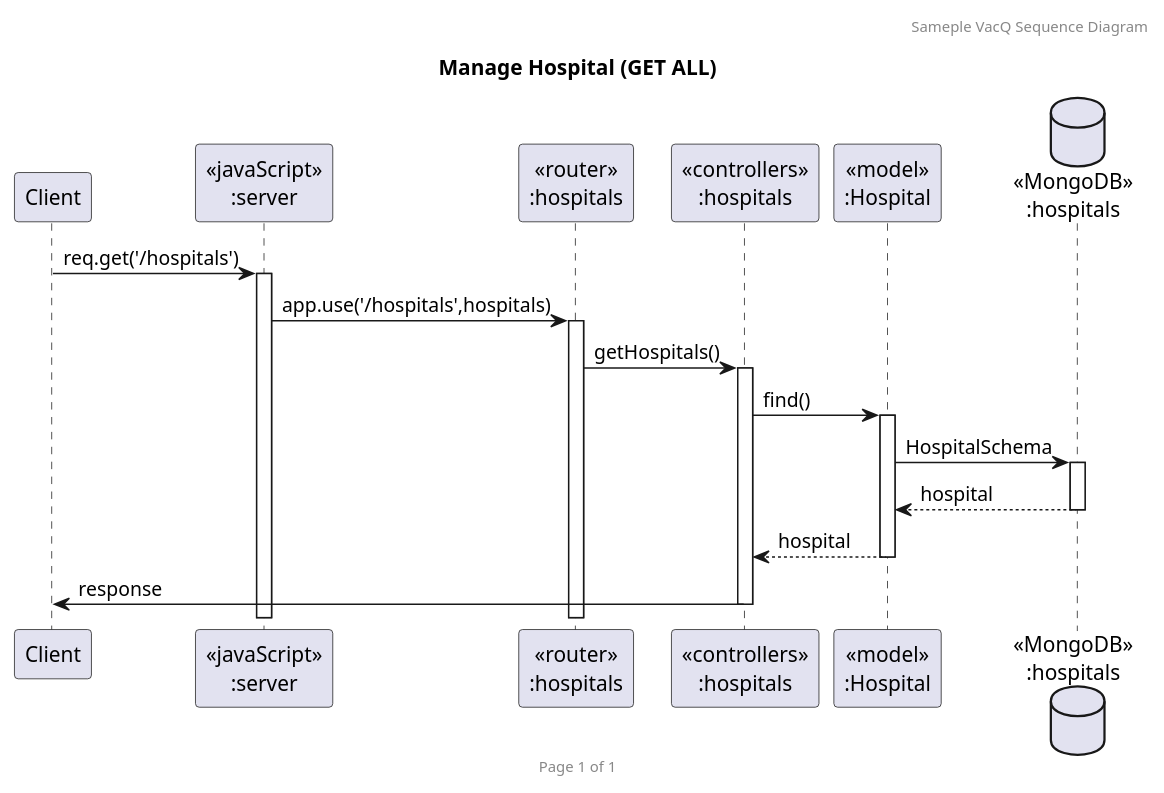
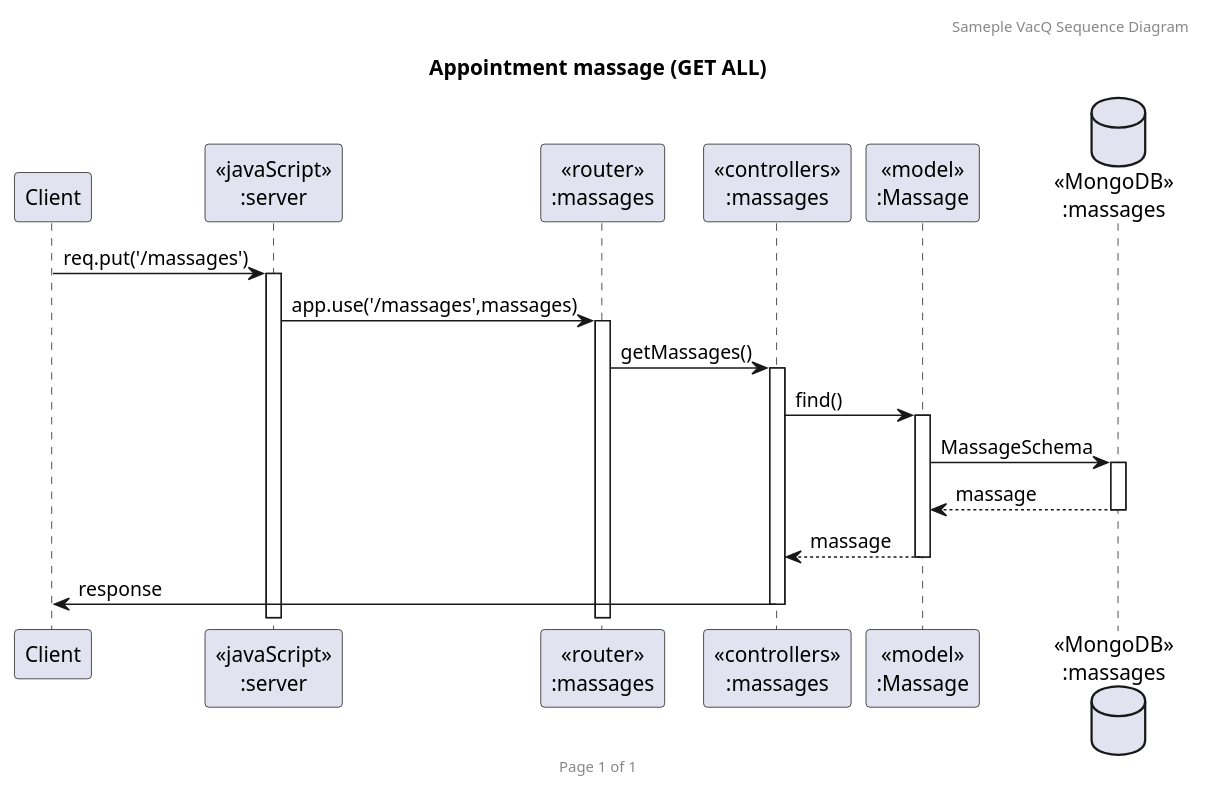
One commit to 2110503TACEDT66/presentation-day-1-samsaomidnight changed the diagram in PlantUml/getall.puml. Above: the diagram before and after it, drawn with PlantUML. The commit also changed other lines of this file and 4 other files, not shown here.

Commit message:
Appointment UML done

```diff
--- a/PlantUml/getall.puml
+++ b/PlantUml/getall.puml
@@ -1,23 +2,23 @@
-@startuml Manage Hospital (GET ALL)
+@startuml Appointment massage (GET ALL)
 
 header Sameple VacQ Sequence Diagram
 footer Page %page% of %lastpage%
-title "Manage Hospital (GET ALL)"
+title "Appointment massage (GET ALL)"
 
 participant "Client" as client
 participant "<<javaScript>>\n:server" as server
-participant "<<router>>\n:hospitals" as routerHospitals
-participant "<<controllers>>\n:hospitals" as controllersHospitals
-participant "<<model>>\n:Hospital" as modelHospital
-database "<<MongoDB>>\n:hospitals" as HospitalsDatabase
+participant "<<router>>\n:massages" as routerMassages
+participant "<<controllers>>\n:massages" as controllersMassages
+participant "<<model>>\n:Massage" as modelMassage
+database "<<MongoDB>>\n:massages" as MassagesDatabase
 
-client->server ++:req.get('/hospitals')
-server->routerHospitals ++:app.use('/hospitals',hospitals)
-routerHospitals -> controllersHospitals ++:getHospitals()
-controllersHospitals->modelHospital ++:find()
-modelHospital ->HospitalsDatabase ++: HospitalSchema
-HospitalsDatabase --> modelHospital --: hospital
-controllersHospitals <-- modelHospital --:hospital
-controllersHospitals->client --:response
+client->server ++:req.put('/massages')
+server->routerMassages ++:app.use('/massages',massages)
+routerMassages -> controllersMassages ++:getMassages()
+controllersMassages->modelMassage ++:find()
+modelMassage ->MassagesDatabase ++: MassageSchema
+MassagesDatabase --> modelMassage --: massage
+controllersMassages <-- modelMassage --:massage
+controllersMassages->client --:response
 
 @enduml
```
